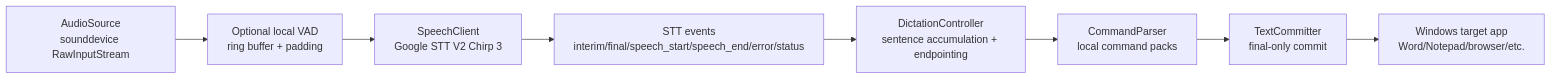
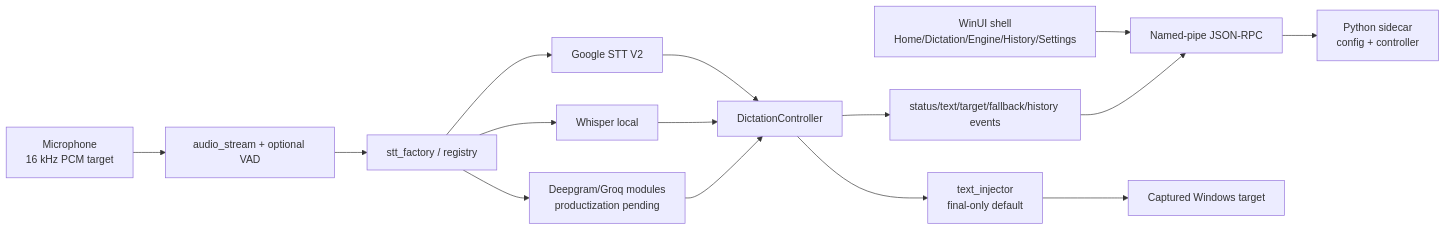
The diagram in docs/architecture.md (cdtauman/HebrewLiveDictation), drawn with Mermaid before and after one commit. The commit also changed other lines of this file and 10 other files, not shown here.

Commit message:
docs-ui: reset product claims for final WinUI branch

````diff
--- a/docs/architecture.md
+++ b/docs/architecture.md
@@ -19,10 +31,17 @@
 ```mermaid
 flowchart LR
-    Mic["AudioSource\nsounddevice RawInputStream"] --> VAD["Optional local VAD\nring buffer + padding"]
-    VAD --> STT["SpeechClient\nGoogle STT V2 Chirp 3"]
-    STT --> Events["STT events\ninterim/final/speech_start/speech_end/error/status"]
-    Events --> Controller["DictationController\nsentence accumulation + endpointing"]
-    Controller --> Commands["CommandParser\nlocal command packs"]
-    Commands --> Committer["TextCommitter\nfinal-only commit"]
-    Committer --> Target["Windows target app\nWord/Notepad/browser/etc."]
+    Shell["WinUI shell\nHome/Dictation/Engine/History/Settings"] --> Bridge["Named-pipe JSON-RPC"]
+    Bridge --> Sidecar["Python sidecar\nconfig + controller"]
+    Mic["Microphone\n16 kHz PCM target"] --> Audio["audio_stream + optional VAD"]
+    Audio --> Factory["stt_factory / registry"]
+    Factory --> Google["Google STT V2"]
+    Factory --> Offline["Whisper local"]
+    Factory --> Cloud["Deepgram/Groq modules\nproductization pending"]
+    Google --> Controller["DictationController"]
+    Offline --> Controller
+    Cloud --> Controller
+    Controller --> Events["status/text/target/fallback/history events"]
+    Events --> Bridge
+    Controller --> Injector["text_injector\nfinal-only default"]
+    Injector --> Target["Captured Windows target"]
 ```
````
